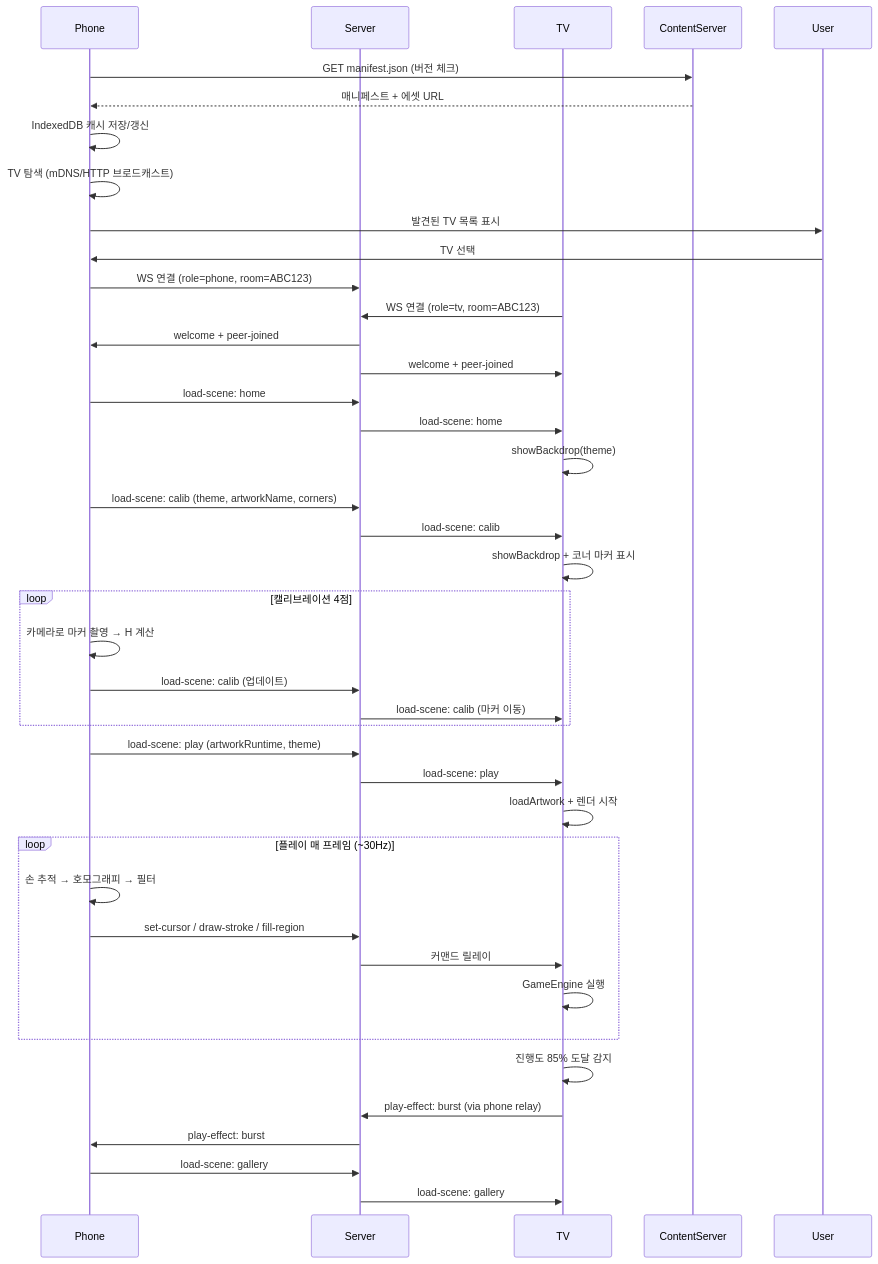
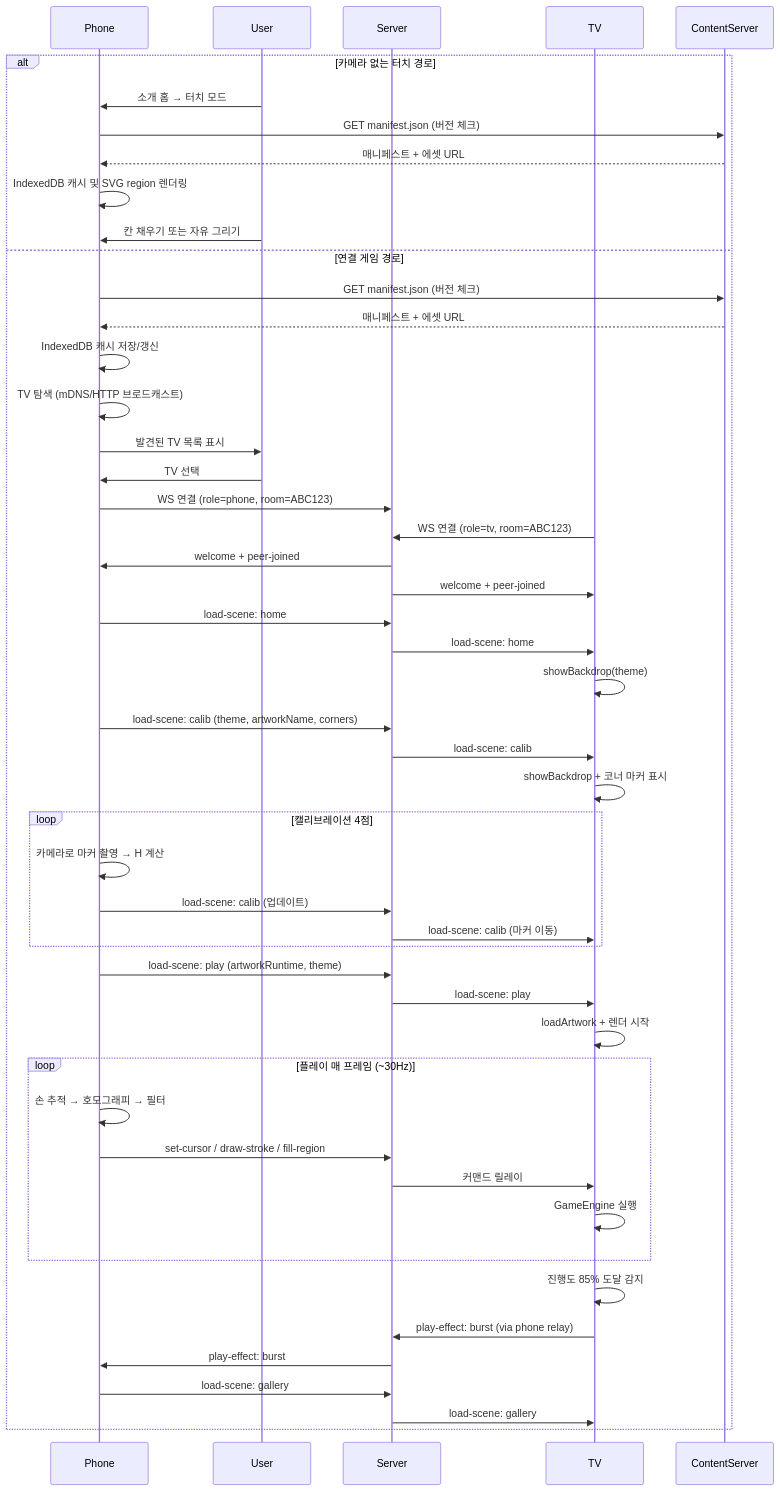
The second of 2 diagrams in docs/architecture.md (devcy0922/aircanvas-kids), drawn with Mermaid before and after one commit. The commit also changed other lines of this file and 10 other files, not shown here.

````diff
--- a/docs/architecture.md
+++ b/docs/architecture.md
@@ -186,50 +215,59 @@
 ```mermaid
 sequenceDiagram
     participant Phone
+    participant User
     participant Server
     participant TV
     participant ContentServer
 
-    Phone->>ContentServer: GET manifest.json (버전 체크)
-    ContentServer-->>Phone: 매니페스트 + 에셋 URL
-    Phone->>Phone: IndexedDB 캐시 저장/갱신
+    alt 카메라 없는 터치 경로
+        User->>Phone: 소개 홈 → 터치 모드
+        Phone->>ContentServer: GET manifest.json (버전 체크)
+        ContentServer-->>Phone: 매니페스트 + 에셋 URL
+        Phone->>Phone: IndexedDB 캐시 및 SVG region 렌더링
+        User->>Phone: 칸 채우기 또는 자유 그리기
+    else 연결 게임 경로
+        Phone->>ContentServer: GET manifest.json (버전 체크)
+        ContentServer-->>Phone: 매니페스트 + 에셋 URL
+        Phone->>Phone: IndexedDB 캐시 저장/갱신
 
-    Phone->>Phone: TV 탐색 (mDNS/HTTP 브로드캐스트)
-    Phone->>User: 발견된 TV 목록 표시
-    User->>Phone: TV 선택
-    Phone->>Server: WS 연결 (role=phone, room=ABC123)
-    TV->>Server: WS 연결 (role=tv, room=ABC123)
-    Server->>Phone: welcome + peer-joined
-    Server->>TV: welcome + peer-joined
+        Phone->>Phone: TV 탐색 (mDNS/HTTP 브로드캐스트)
+        Phone->>User: 발견된 TV 목록 표시
+        User->>Phone: TV 선택
+        Phone->>Server: WS 연결 (role=phone, room=ABC123)
+        TV->>Server: WS 연결 (role=tv, room=ABC123)
+        Server->>Phone: welcome + peer-joined
+        Server->>TV: welcome + peer-joined
 
-    Phone->>Server: load-scene: home
-    Server->>TV: load-scene: home
-    TV->>TV: showBackdrop(theme)
+        Phone->>Server: load-scene: home
+        Server->>TV: load-scene: home
+        TV->>TV: showBackdrop(theme)
 
-    Phone->>Server: load-scene: calib (theme, artworkName, corners)
-    Server->>TV: load-scene: calib
-    TV->>TV: showBackdrop + 코너 마커 표시
+        Phone->>Server: load-scene: calib (theme, artworkName, corners)
+        Server->>TV: load-scene: calib
+        TV->>TV: showBackdrop + 코너 마커 표시
 
-    loop 캘리브레이션 4점
-        Phone->>Phone: 카메라로 마커 촬영 → H 계산
-        Phone->>Server: load-scene: calib (업데이트)
-        Server->>TV: load-scene: calib (마커 이동)
+        loop 캘리브레이션 4점
+            Phone->>Phone: 카메라로 마커 촬영 → H 계산
+            Phone->>Server: load-scene: calib (업데이트)
+            Server->>TV: load-scene: calib (마커 이동)
+        end
+
+        Phone->>Server: load-scene: play (artworkRuntime, theme)
+        Server->>TV: load-scene: play
+        TV->>TV: loadArtwork + 렌더 시작
+
+        loop 플레이 매 프레임 (~30Hz)
+            Phone->>Phone: 손 추적 → 호모그래피 → 필터
+            Phone->>Server: set-cursor / draw-stroke / fill-region
+            Server->>TV: 커맨드 릴레이
+            TV->>TV: GameEngine 실행
+        end
+
+        TV->>TV: 진행도 85% 도달 감지
+        TV->>Server: play-effect: burst (via phone relay)
+        Server->>Phone: play-effect: burst
+        Phone->>Server: load-scene: gallery
+        Server->>TV: load-scene: gallery
     end
-
-    Phone->>Server: load-scene: play (artworkRuntime, theme)
-    Server->>TV: load-scene: play
-    TV->>TV: loadArtwork + 렌더 시작
-
-    loop 플레이 매 프레임 (~30Hz)
-        Phone->>Phone: 손 추적 → 호모그래피 → 필터
-        Phone->>Server: set-cursor / draw-stroke / fill-region
-        Server->>TV: 커맨드 릴레이
-        TV->>TV: GameEngine 실행
-    end
-
-    TV->>TV: 진행도 85% 도달 감지
-    TV->>Server: play-effect: burst (via phone relay)
-    Server->>Phone: play-effect: burst
-    Phone->>Server: load-scene: gallery
-    Server->>TV: load-scene: gallery
 ```
````
